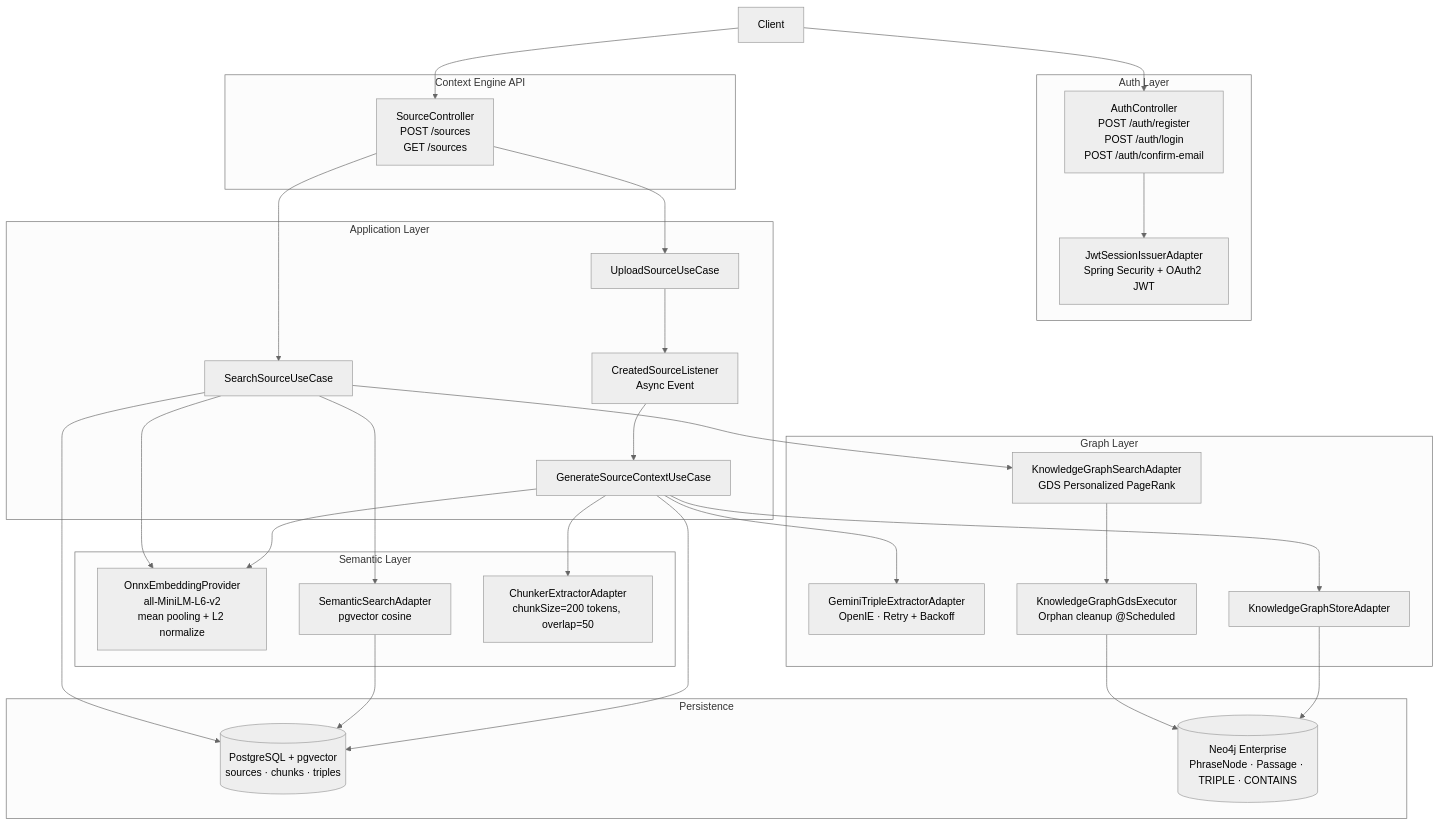
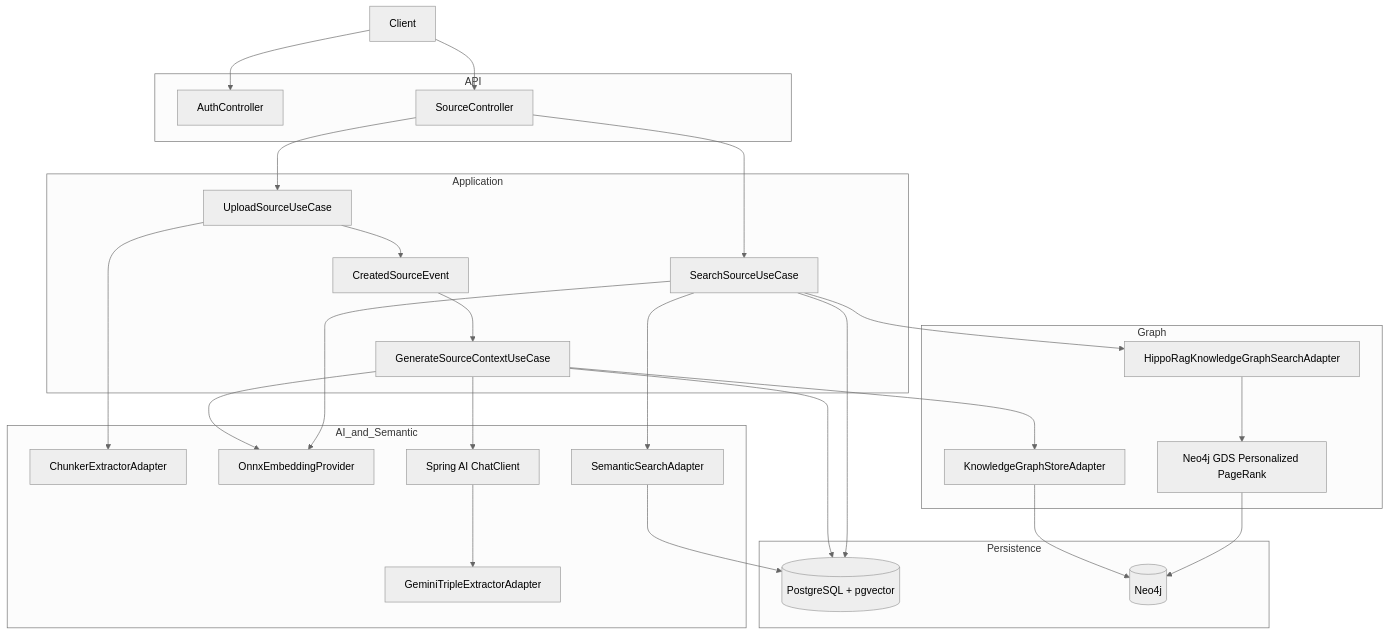
One commit to Luca5Eckert/Kairos changed the diagram in README.md. Above: the diagram before and after it, drawn with Mermaid (neutral theme). The commit also changed other lines of this file, not shown here.

````diff
--- a/README.md
+++ b/README.md
@@ -41,60 +46,56 @@
 ```mermaid
 graph TB
     C[Client]
 
-    subgraph Auth Layer
-      AC[AuthController\nPOST /auth/register\nPOST /auth/login\nPOST /auth/confirm-email]
-      JWT[JwtSessionIssuerAdapter\nSpring Security + OAuth2 JWT]
+    subgraph API
+      AC[AuthController]
+      SC[SourceController]
     end
 
-    subgraph Context Engine API
-      SC[SourceController\nPOST /sources\nGET /sources]
+    subgraph Application
+      US[UploadSourceUseCase]
+      GS[GenerateSourceContextUseCase]
+      SS[SearchSourceUseCase]
+      EV[CreatedSourceEvent]
     end
 
-    subgraph Application Layer
-      U[UploadSourceUseCase]
-      L[CreatedSourceListener\nAsync Event]
-      G[GenerateSourceContextUseCase]
-      S[SearchSourceUseCase]
+    subgraph AI_and_Semantic
+      CH[ChunkerExtractorAdapter]
+      EM[OnnxEmbeddingProvider]
+      AI[Spring AI ChatClient]
+      TX[GeminiTripleExtractorAdapter]
+      VS[SemanticSearchAdapter]
     end
 
-    subgraph Semantic Layer
-      E[OnnxEmbeddingProvider\nall-MiniLM-L6-v2\nmean pooling + L2 normalize]
-      V[SemanticSearchAdapter\npgvector cosine]
-      X[ChunkerExtractorAdapter\nchunkSize=200 tokens, overlap=50]
-    end
-
-    subgraph Graph Layer
-      GX[GeminiTripleExtractorAdapter\nOpenIE · Retry + Backoff]
-      KS[KnowledgeGraphStoreAdapter]
-      KQ[KnowledgeGraphSearchAdapter\nGDS Personalized PageRank]
-      GE[KnowledgeGraphGdsExecutor\nOrphan cleanup @Scheduled]
+    subgraph Graph
+      KG[KnowledgeGraphStoreAdapter]
+      KS[HippoRagKnowledgeGraphSearchAdapter]
+      GDS[Neo4j GDS Personalized PageRank]
     end
 
     subgraph Persistence
-      PG[(PostgreSQL + pgvector\nsources · chunks · triples)]
-      N[(Neo4j Enterprise\nPhraseNode · Passage · TRIPLE · CONTAINS)]
+      PG[(PostgreSQL + pgvector)]
+      NEO[(Neo4j)]
     end
 
     C --> AC
-    AC --> JWT
     C --> SC
-    SC --> U
-    U --> L
-    L --> G
-    G --> X
-    G --> E
-    G --> GX
-    G --> PG
-    G --> KS
-    KS --> N
-
-    SC --> S
-    S --> E
-    S --> V
-    V --> PG
-    S --> KQ
-    KQ --> GE
-    GE --> N
-    S --> PG
+    SC --> US
+    US --> CH
+    US --> EV
+    EV --> GS
+    GS --> EM
+    GS --> AI
+    AI --> TX
+    GS --> PG
+    GS --> KG
+    KG --> NEO
+    SC --> SS
+    SS --> EM
+    SS --> VS
+    VS --> PG
+    SS --> KS
+    KS --> GDS
+    GDS --> NEO
+    SS --> PG
 ```
````
